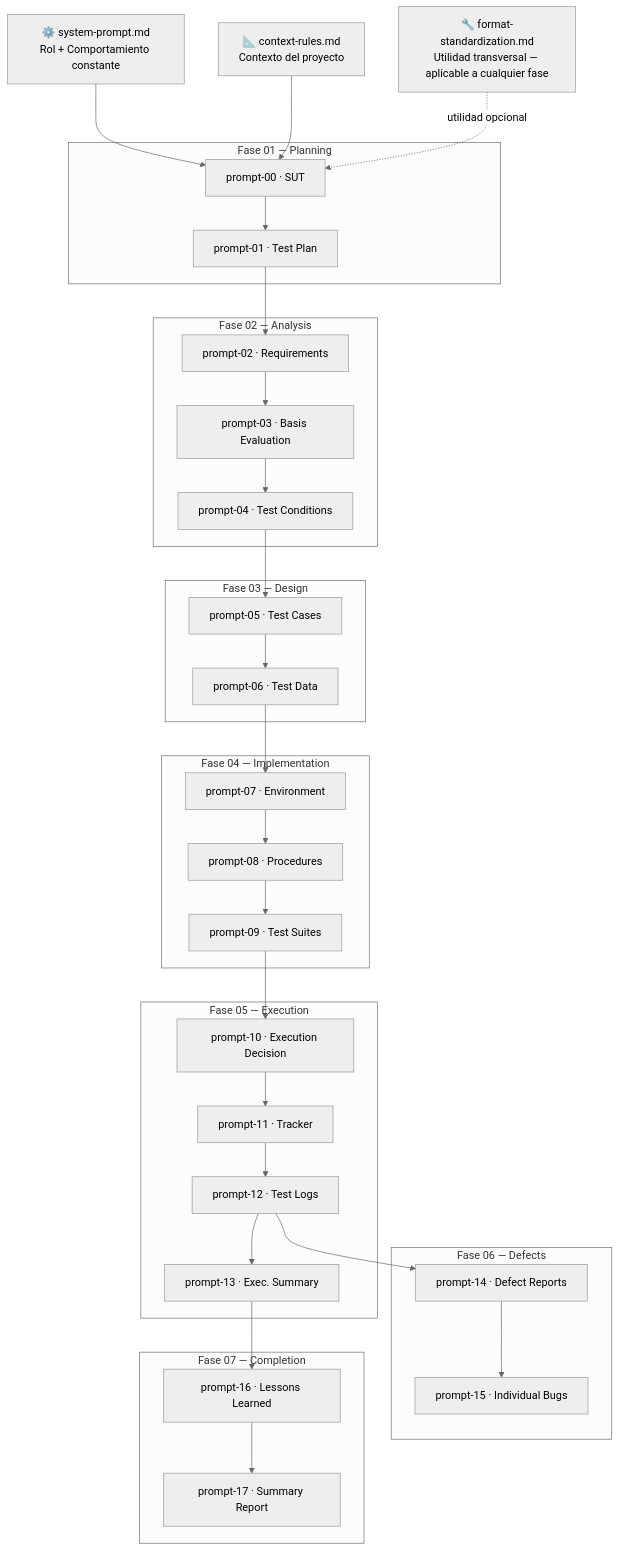
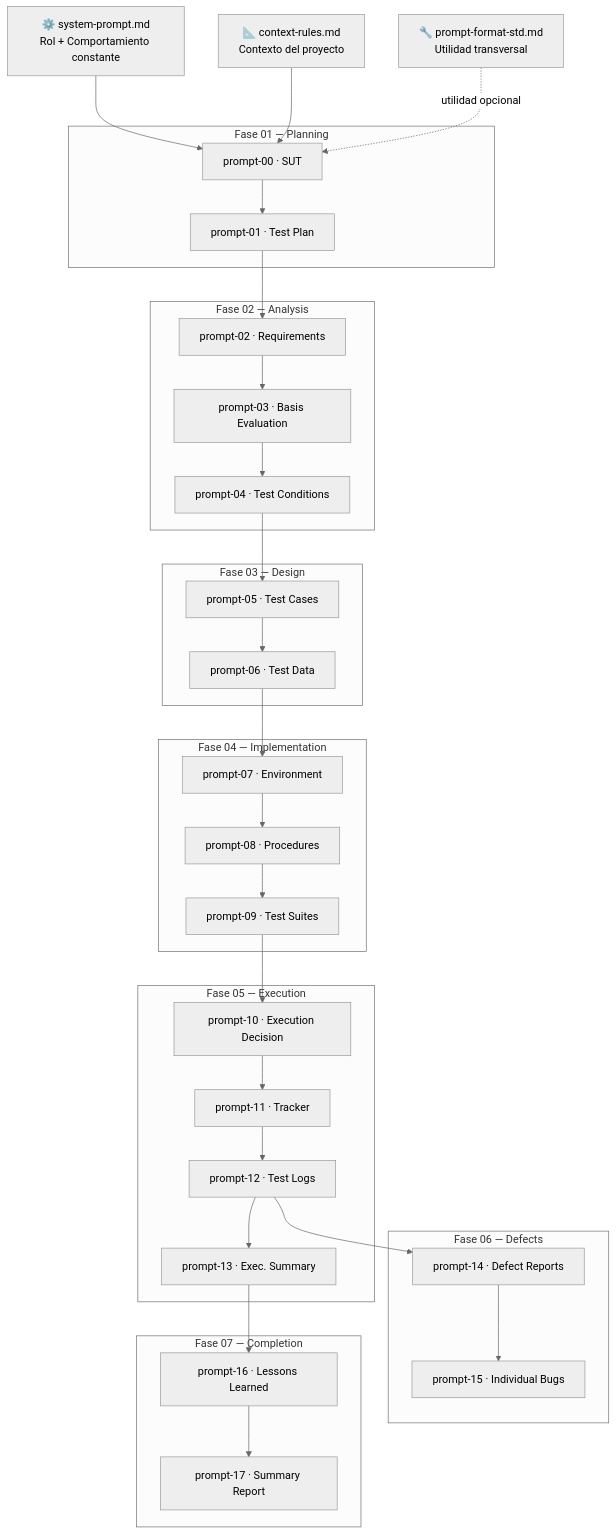
The diagram in 08-genai-test-acceleration/README.md (LuisAdonais/istqb-manual-qa-ecommerce), drawn with Mermaid (neutral theme) before and after one commit. The commit also changed 1 other file, not shown here.

Commit message:
refactor: move prompt-format-std.md to 00-core-config
File relocated from 01-planning-prompts/ to 00-core-config/
to reflect its role as a transversal utility, not a phase-specific prompt.
README updated to correct filename reference in mermaid diagram.

Affected files:
- 08-genai-test-acceleration/00-core-config/prompt-format-std.md (moved)
- 08-genai-test-acceleration/01-planning-prompts/prompt-format-std.md (removed)
- 08-genai-test-acceleration/README.md

````diff
--- a/08-genai-test-acceleration/README.md
+++ b/08-genai-test-acceleration/README.md
@@ -30,54 +30,54 @@
 ```mermaid
 flowchart TD
     SP["⚙️ system-prompt.md\nRol + Comportamiento constante"]
     CR["📐 context-rules.md\nContexto del proyecto"]
-    FS["🔧 format-standardization.md\nUtilidad transversal — aplicable a cualquier fase"]
+    FS["🔧 prompt-format-std.md\nUtilidad transversal"]
 
     subgraph fase01["Fase 01 — Planning"]
         P00["prompt-00 · SUT"]
         P01["prompt-01 · Test Plan"]
     end
 
     subgraph fase02["Fase 02 — Analysis"]
         P02["prompt-02 · Requirements"]
         P03["prompt-03 · Basis Evaluation"]
         P04["prompt-04 · Test Conditions"]
     end
 
     subgraph fase03["Fase 03 — Design"]
         P05["prompt-05 · Test Cases"]
         P06["prompt-06 · Test Data"]
     end
 
     subgraph fase04["Fase 04 — Implementation"]
         P07["prompt-07 · Environment"]
         P08["prompt-08 · Procedures"]
         P09["prompt-09 · Test Suites"]
     end
 
     subgraph fase05["Fase 05 — Execution"]
         P10["prompt-10 · Execution Decision"]
         P11["prompt-11 · Tracker"]
         P12["prompt-12 · Test Logs"]
         P13["prompt-13 · Exec. Summary"]
     end
 
     subgraph fase06["Fase 06 — Defects"]
         P14["prompt-14 · Defect Reports"]
         P15["prompt-15 · Individual Bugs"]
     end
 
     subgraph fase07["Fase 07 — Completion"]
         P16["prompt-16 · Lessons Learned"]
         P17["prompt-17 · Summary Report"]
     end
 
     SP --> P00
     CR --> P00
     FS -.->|utilidad opcional| P00
     P00 --> P01 --> P02 --> P03 --> P04 --> P05 --> P06
     P06 --> P07 --> P08 --> P09 --> P10
     P10 --> P11 --> P12 --> P13
     P12 --> P14 --> P15
     P13 --> P16 --> P17
 ```
````
